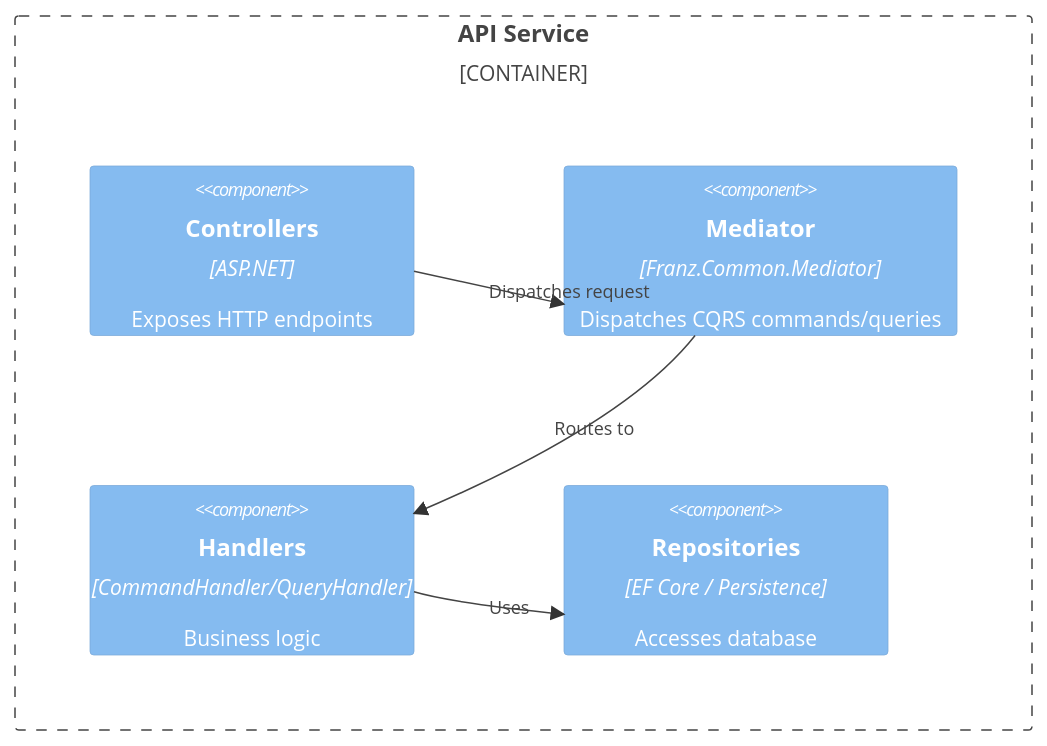
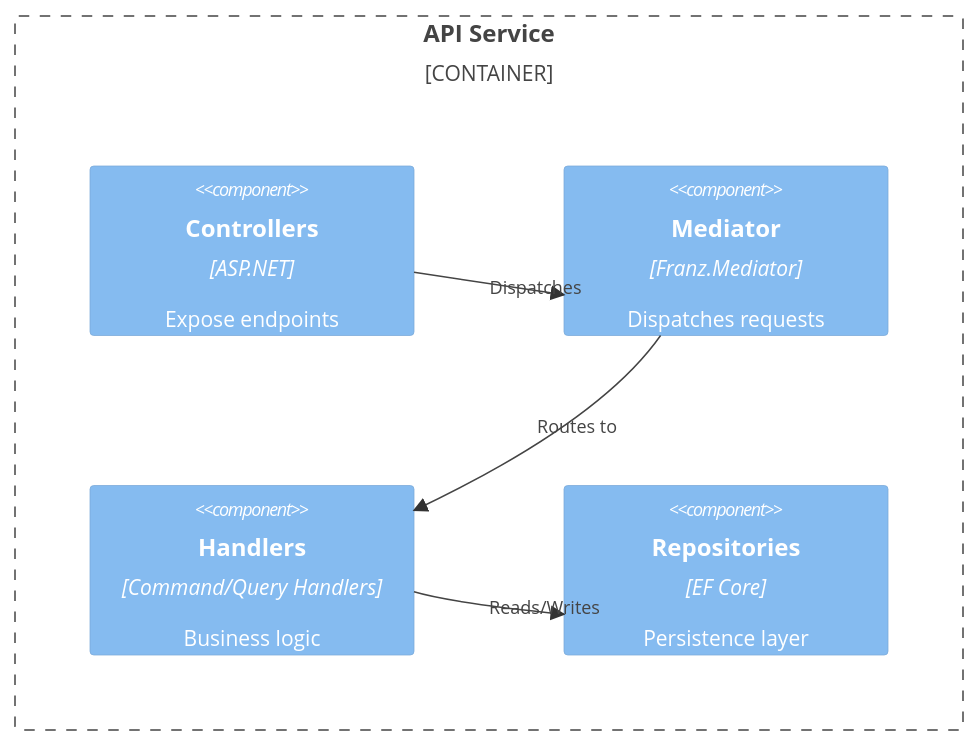
Before and after one commit to bestacio89/Franz: the third of 3 diagrams in README.md, drawn with Mermaid. The commit also changed other lines of this file and 1 other file, not shown here.

First line of the commit message:
[Docs] README Overhaul + New API Template Logo (Franz.API.Template)

````diff
--- a/README.md
+++ b/README.md
@@ -233,13 +327,13 @@
 ```mermaid
 C4Component
     Container_Boundary(api, "API Service") {
-        Component(controller, "Controllers", "ASP.NET", "Exposes HTTP endpoints")
-        Component(mediator, "Mediator", "Franz.Common.Mediator", "Dispatches CQRS commands/queries")
-        Component(handler, "Handlers", "CommandHandler/QueryHandler", "Business logic")
-        Component(repo, "Repositories", "EF Core / Persistence", "Accesses database")
+        Component(controller, "Controllers", "ASP.NET", "Expose endpoints")
+        Component(mediator, "Mediator", "Franz.Mediator", "Dispatches requests")
+        Component(handler, "Handlers", "Command/Query Handlers", "Business logic")
+        Component(repo, "Repositories", "EF Core", "Persistence layer")
     }
 
-    Rel(controller, mediator, "Dispatches request")
+    Rel(controller, mediator, "Dispatches")
     Rel(mediator, handler, "Routes to")
-    Rel(handler, repo, "Uses")
+    Rel(handler, repo, "Reads/Writes")
 ```
````
